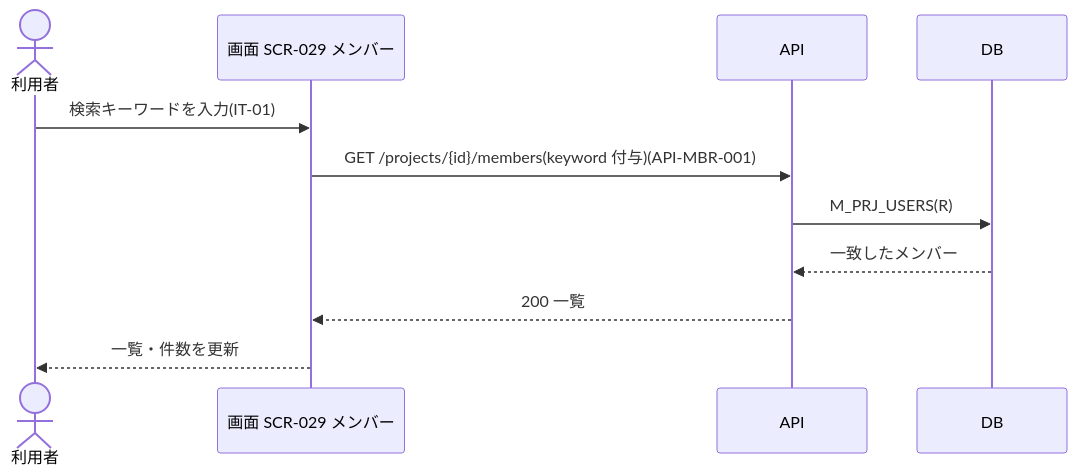
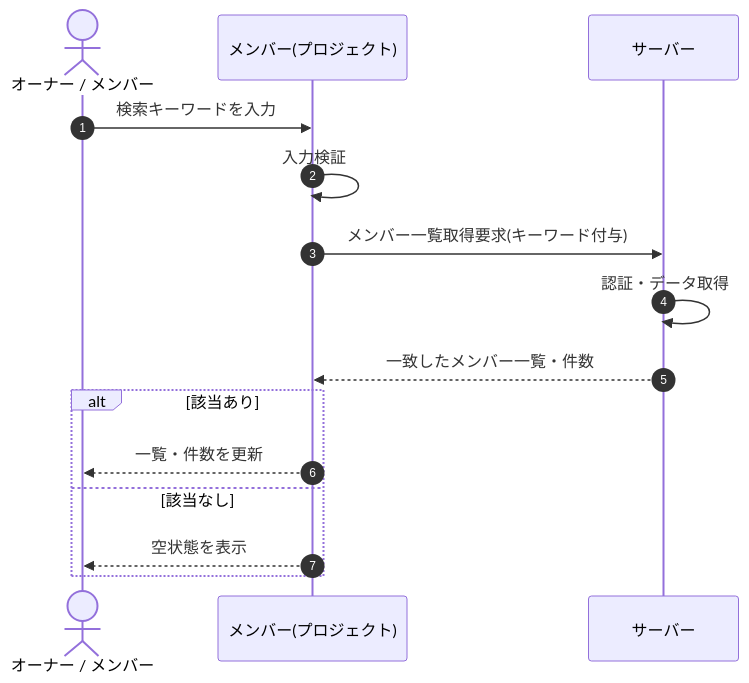
Before and after one commit to sikakou54/open-faq: the diagram in 02_basic_design/05_sequences/SEQ-044.md, drawn with Mermaid. The commit also changed other lines of this file and 108 other files, not shown here.

First line of the commit message:
基本設計: シーケンス図を基本設計粒度(ユーザー/画面/サーバー)へ再編成

````diff
--- a/02_basic_design/05_sequences/SEQ-044.md
+++ b/02_basic_design/05_sequences/SEQ-044.md
@@ -25,13 +32,17 @@
 ```mermaid
 sequenceDiagram
-  actor U as 利用者
-  participant S as 画面 SCR-029 メンバー
-  participant API as API
-  participant DB as DB
-  U->>S: 検索キーワードを入力(IT-01)
-  S->>API: GET /projects/{id}/members(keyword 付与)(API-MBR-001)
-  API->>DB: M_PRJ_USERS(R)
-  DB-->>API: 一致したメンバー
-  API-->>S: 200 一覧
-  S-->>U: 一覧・件数を更新
+  autonumber
+  actor U as オーナー / メンバー
+  participant Screen as メンバー(プロジェクト)
+  participant Server as サーバー
+  U->>Screen: 検索キーワードを入力
+  Screen->>Screen: 入力検証
+  Screen->>Server: メンバー一覧取得要求(キーワード付与)
+  Server->>Server: 認証・データ取得
+  Server-->>Screen: 一致したメンバー一覧・件数
+  alt 該当あり
+    Screen-->>U: 一覧・件数を更新
+  else 該当なし
+    Screen-->>U: 空状態を表示
+  end
 ```
````
